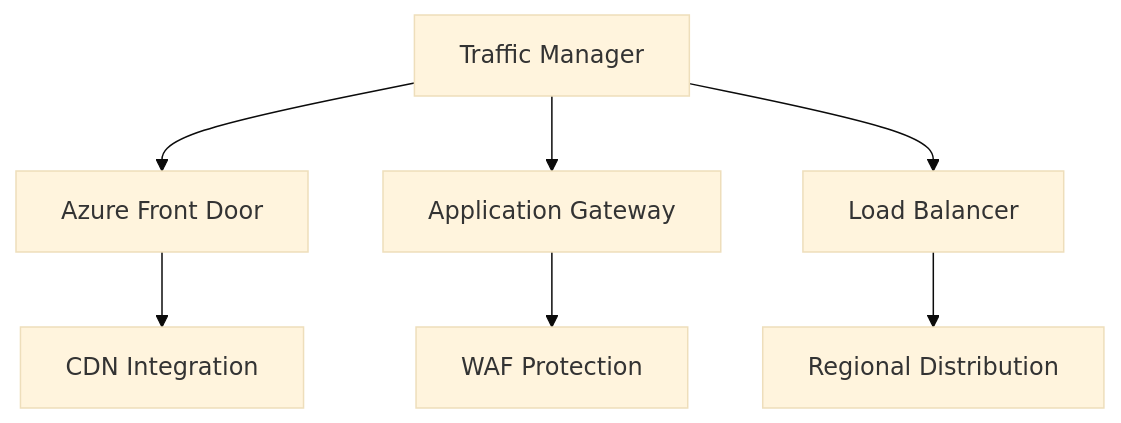
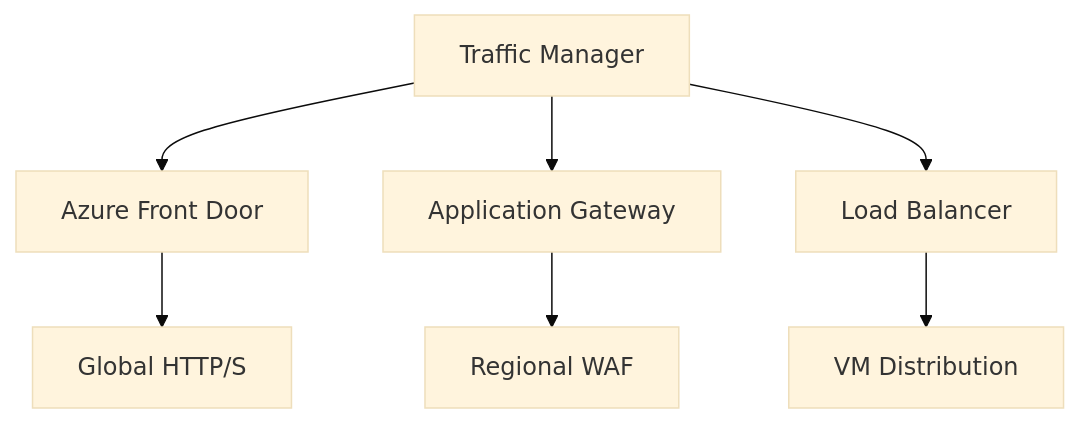
Before and after one commit to saravanakumarrc/Architecture_Journey: diagram 12 of 14 in src/azure/az-104/Traffic_Manager.md, drawn with Mermaid (base theme). The commit also changed other lines of this file and 6 other files, not shown here.

````diff
--- a/src/azure/az-104/Traffic_Manager.md
+++ b/src/azure/az-104/Traffic_Manager.md
@@ -212,10 +198,10 @@
 ```mermaid
 graph TB
     A[Traffic Manager] --> B[Azure Front Door]
     A --> C[Application Gateway]
     A --> D[Load Balancer]
     
-    B --> E[CDN Integration]
-    C --> F[WAF Protection]
-    D --> G[Regional Distribution]
+    B --> E[Global HTTP/S]
+    C --> F[Regional WAF]
+    D --> G[VM Distribution]
 ```
````
